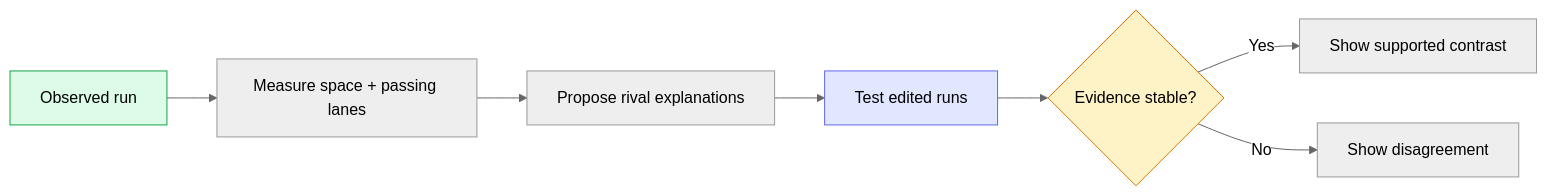
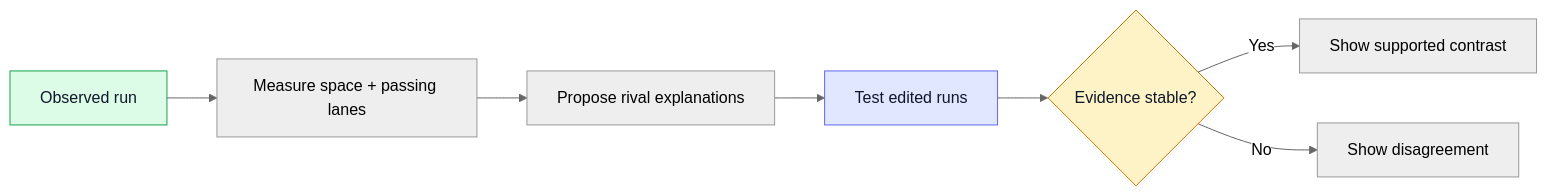
The first of 3 diagrams in research/ideas/README.md (taka6745/insidethegame), drawn with Mermaid (neutral theme) before and after one commit. The commit also changed other lines of this file, not shown here.

Commit message:
Keep idea diagrams readable in GitHub dark mode

````diff
--- a/research/ideas/README.md
+++ b/research/ideas/README.md
@@ -38,12 +38,12 @@
 ```mermaid
 flowchart LR
   O[Observed run] --> G[Measure space + passing lanes]
   G --> H[Propose rival explanations]
   H --> X[Test edited runs]
   X --> V{Evidence stable?}
   V -->|Yes| C[Show supported contrast]
   V -->|No| D[Show disagreement]
-  style O fill:#dcfce7,stroke:#16a34a
-  style X fill:#e0e7ff,stroke:#6366f1
-  style V fill:#fef3c7,stroke:#d97706
+  style O fill:#dcfce7,stroke:#16a34a,color:#0f172a
+  style X fill:#e0e7ff,stroke:#6366f1,color:#0f172a
+  style V fill:#fef3c7,stroke:#d97706,color:#0f172a
 ```
````
